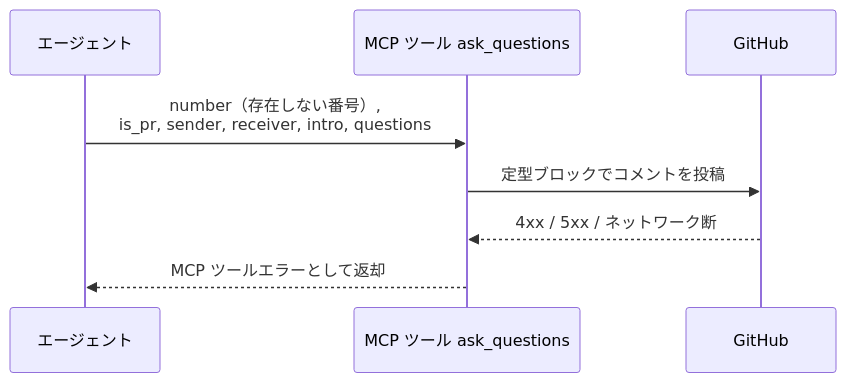
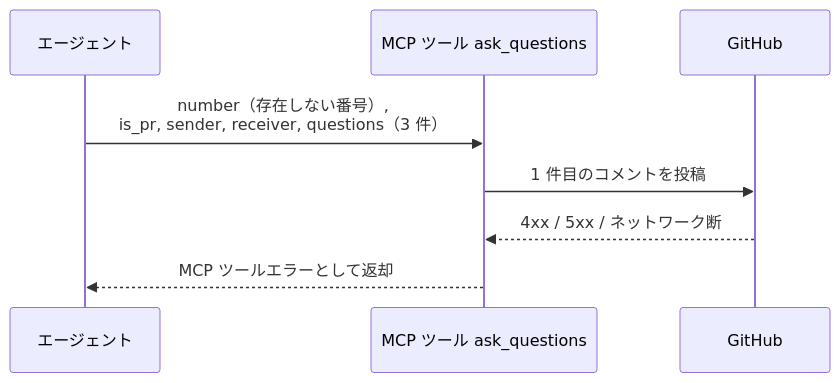
Before and after one commit to shuhei1101/ai-monitor: the second of 3 diagrams in docs/wiki/設計図/インターフェース定義/バックエンド/質問投稿.py.md, drawn with Mermaid. The commit also changed other lines of this file and 13 other files, not shown here.

````diff
--- a/docs/wiki/設計図/インターフェース定義/バックエンド/質問投稿.py.md
+++ b/docs/wiki/設計図/インターフェース定義/バックエンド/質問投稿.py.md
@@ -126,11 +159,11 @@
 ```mermaid
 sequenceDiagram
   participant A as エージェント
   participant T as MCP ツール ask_questions
   participant GH as GitHub
 
-  A->>T: number（存在しない番号）,<br>is_pr, sender, receiver, intro, questions
-  T->>GH: 定型ブロックでコメントを投稿
+  A->>T: number（存在しない番号）,<br>is_pr, sender, receiver, questions（3 件）
+  T->>GH: 1 件目のコメントを投稿
   GH-->>T: 4xx / 5xx / ネットワーク断
   T-->>A: MCP ツールエラーとして返却
 ```
````
